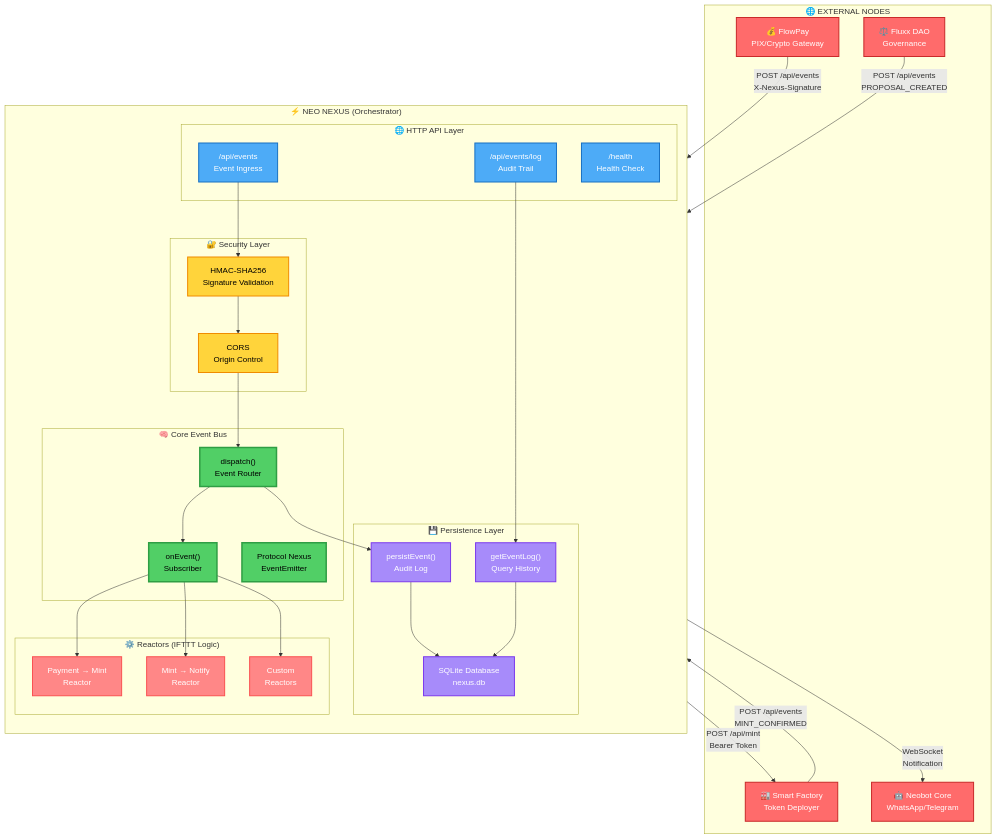
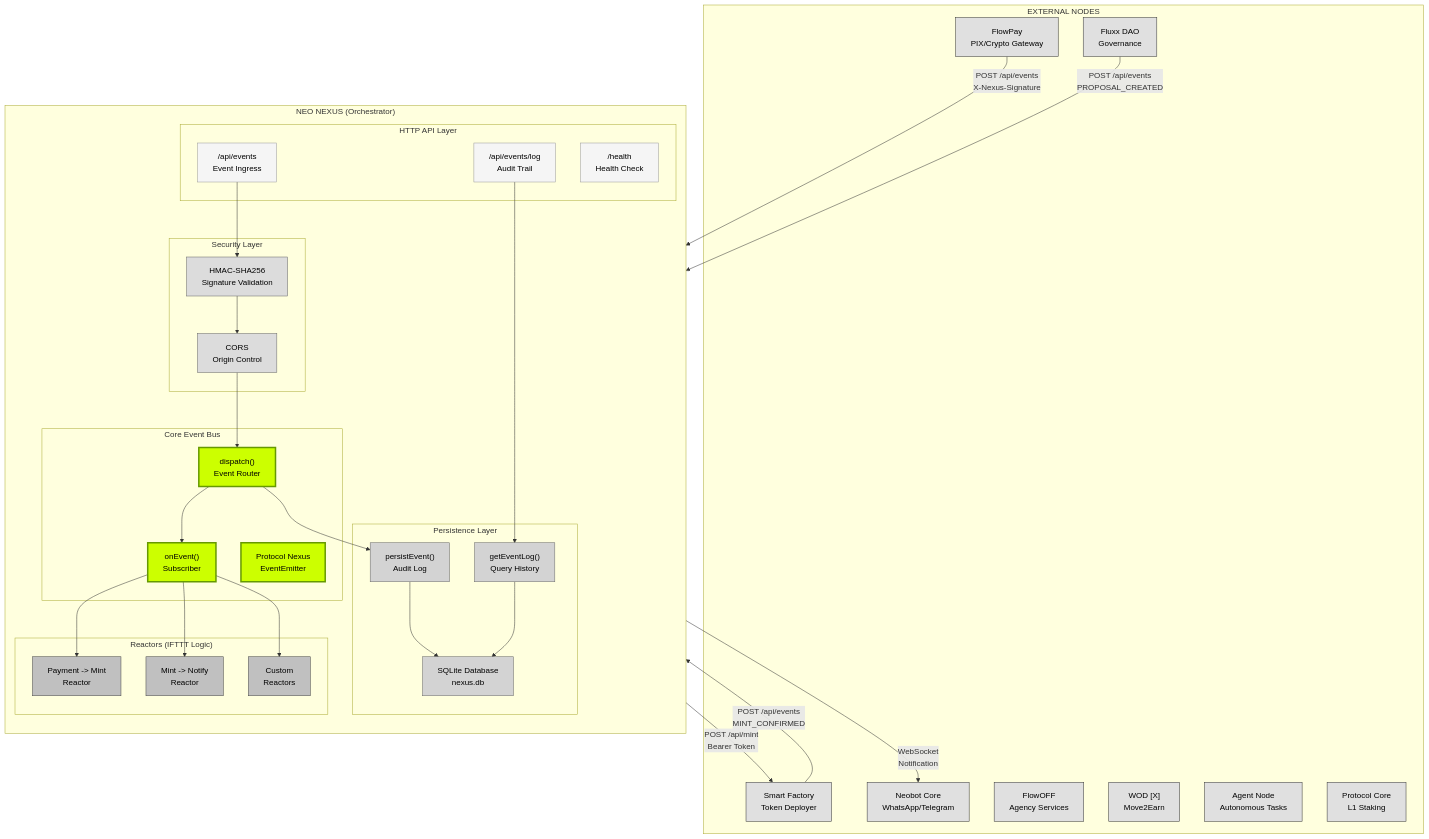
One commit to NEO-PROTOCOL/neo-nexus changed the first of 5 diagrams in docs/ARCHITECTURE_DIAGRAM.md. Above: the diagram before and after it, drawn with Mermaid. The commit also changed other lines of this file and 16 other files, not shown here.

Commit message:
chore: organize docs structure and update diagram visual identity

````diff
--- a/docs/ARCHITECTURE_DIAGRAM.md
+++ b/docs/ARCHITECTURE_DIAGRAM.md
@@ -17,66 +17,70 @@
 ```mermaid
 graph TB
-    subgraph External["🌐 EXTERNAL NODES"]
-        FLOWPAY["💰 FlowPay<br/>PIX/Crypto Gateway"]
-        FACTORY["🏭 Smart Factory<br/>Token Deployer"]
-        NEOBOT["🤖 Neobot Core<br/>WhatsApp/Telegram"]
-        FLUXX["⚖️ Fluxx DAO<br/>Governance"]
+    subgraph External["EXTERNAL NODES"]
+        FLOWPAY["FlowPay<br/>PIX/Crypto Gateway"]
+        FACTORY["Smart Factory<br/>Token Deployer"]
+        NEOBOT["Neobot Core<br/>WhatsApp/Telegram"]
+        FLUXX["Fluxx DAO<br/>Governance"]
+        FLOWOFF["FlowOFF<br/>Agency Services"]
+        WOD["WOD [X]<br/>Move2Earn"]
+        AGENT["Agent Node<br/>Autonomous Tasks"]
+        PROTOCOL["Protocol Core<br/>L1 Staking"]
     end
 
-    subgraph Nexus["⚡ NEO NEXUS (Orchestrator)"]
+    subgraph Nexus["NEO NEXUS (Orchestrator)"]
         direction TB
         
-        subgraph API["🌐 HTTP API Layer"]
+        subgraph API["HTTP API Layer"]
             HEALTH["/health<br/>Health Check"]
             EVENTS["/api/events<br/>Event Ingress"]
             LOG["/api/events/log<br/>Audit Trail"]
         end
         
-        subgraph Auth["🔐 Security Layer"]
+        subgraph Auth["Security Layer"]
             HMAC["HMAC-SHA256<br/>Signature Validation"]
             CORS["CORS<br/>Origin Control"]
         end
         
-        subgraph Core["🧠 Core Event Bus"]
+        subgraph Core["Core Event Bus"]
             EVENTBUS["Protocol Nexus<br/>EventEmitter"]
             DISPATCH["dispatch()<br/>Event Router"]
             LISTEN["onEvent()<br/>Subscriber"]
         end
         
-        subgraph Persistence["💾 Persistence Layer"]
+        subgraph Persistence["Persistence Layer"]
             DB["SQLite Database<br/>nexus.db"]
             PERSIST["persistEvent()<br/>Audit Log"]
             QUERY["getEventLog()<br/>Query History"]
         end
         
-        subgraph Reactors["⚙️ Reactors (IFTTT Logic)"]
-            R1["Payment → Mint<br/>Reactor"]
-            R2["Mint → Notify<br/>Reactor"]
+        subgraph Reactors["Reactors (IFTTT Logic)"]
+            R1["Payment -> Mint<br/>Reactor"]
+            R2["Mint -> Notify<br/>Reactor"]
             R3["Custom<br/>Reactors"]
         end
     end
 
-    %% External → Nexus Flow
+    %% External -> Nexus Flow
     FLOWPAY -->|"POST /api/events<br/>X-Nexus-Signature"| EVENTS
     FACTORY -->|"POST /api/events<br/>MINT_CONFIRMED"| EVENTS
     FLUXX -->|"POST /api/events<br/>PROPOSAL_CREATED"| EVENTS
     
-    %% API → Auth → Core Flow
+    %% API -> Auth -> Core Flow
     EVENTS --> HMAC
     HMAC --> CORS
     CORS --> DISPATCH
     
-    %% Core → Persistence
+    %% Core -> Persistence
     DISPATCH --> PERSIST
     PERSIST --> DB
     
-    %% Core → Reactors
+    %% Core -> Reactors
     DISPATCH --> LISTEN
     LISTEN --> R1
     LISTEN --> R2
     LISTEN --> R3
     
-    %% Reactors → External
+    %% Reactors -> External
     R1 -->|"POST /api/mint<br/>Bearer Token"| FACTORY
     R2 -->|"WebSocket<br/>Notification"| NEOBOT
     
@@ -84,15 +88,15 @@
     LOG --> QUERY
     QUERY --> DB
     
-    %% Styling
-    classDef external fill:#ff6b6b,stroke:#c92a2a,stroke-width:2px,color:#fff
-    classDef api fill:#4dabf7,stroke:#1971c2,stroke-width:2px,color:#fff
-    classDef auth fill:#ffd43b,stroke:#f08c00,stroke-width:2px,color:#000
-    classDef core fill:#51cf66,stroke:#2f9e44,stroke-width:3px,color:#000
-    classDef persist fill:#a78bfa,stroke:#7c3aed,stroke-width:2px,color:#fff
-    classDef reactor fill:#ff8787,stroke:#fa5252,stroke-width:2px,color:#fff
+    %% Styling - Grayscale & Lime Green
+    classDef external fill:#e0e0e0,stroke:#333,stroke-width:1px,color:#000
+    classDef api fill:#f5f5f5,stroke:#999,stroke-width:1px,color:#000
+    classDef auth fill:#dcdcdc,stroke:#666,stroke-width:1px,color:#000
+    classDef core fill:#ccff00,stroke:#669900,stroke-width:3px,color:#000
+    classDef persist fill:#d3d3d3,stroke:#666,stroke-width:1px,color:#000
+    classDef reactor fill:#c0c0c0,stroke:#444,stroke-width:1px,color:#000
     
-    class FLOWPAY,FACTORY,NEOBOT,FLUXX external
+    class FLOWPAY,FACTORY,NEOBOT,FLUXX,FLOWOFF,WOD,AGENT,PROTOCOL external
     class HEALTH,EVENTS,LOG api
     class HMAC,CORS auth
     class EVENTBUS,DISPATCH,LISTEN core
````
